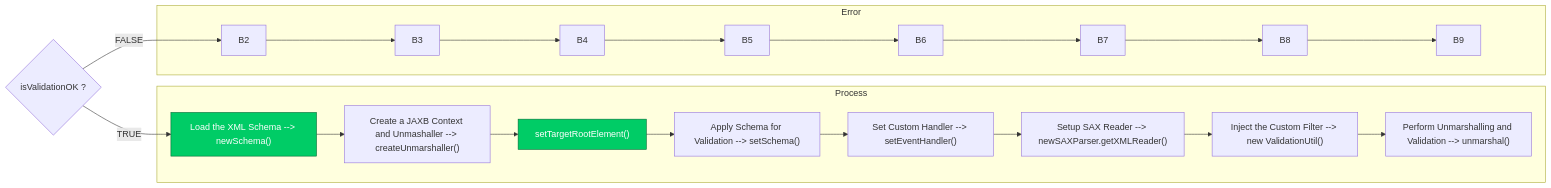
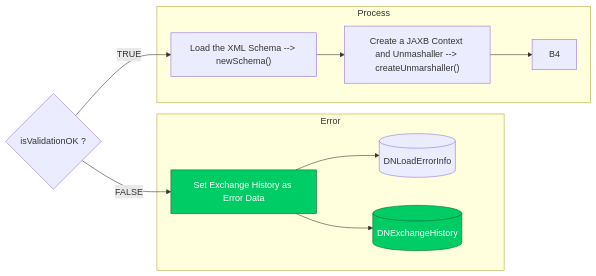
The ninth of 9 diagrams in Basic-Design/Host-Interfaces.md (luthfiadityaa/SimeDarby-Wiki), drawn with Mermaid before and after one commit.

Commit message:
Updated Host Interfaces

```diff
--- a/Basic-Design/Host-Interfaces.md
+++ b/Basic-Design/Host-Interfaces.md
@@ -712,35 +712,25 @@
 ::: mermaid
 flowchart LR
 Cond1{"isValidationOK ?"}
-Cond1 --> |TRUE| C2
-Cond1 --> |FALSE| B2
+Cond1 --> |TRUE| B2
+Cond1 --> |FALSE| C2
+
+subgraph Error
+ C2 --> C3 
+ C2 --> C4
+ C4[(DNExchangeHistory)]
+ C3[(DNLoadErrorInfo)]
+ C2["Set Exchange History as Error Data"] 
+end
 
 subgraph Process
- C2 --> C3 --> C4 --> C5 --> C6 --> C7 --> C8 --> C9
- C2["Selected Data Loader --> process()"]
- C3["Create a JAXB Context and Unmashaller --> createUnmarshaller()"]
- C4["setTargetRootElement()"]
- C5["Apply Schema for Validation --> setSchema()"]
- C6["Set Custom Handler --> setEventHandler()"]
- C7["Setup SAX Reader --> newSAXParser.getXMLReader()"]
- C8["Inject the Custom Filter --> new ValidationUtil()"]
- C9["Perform Unmarshalling and Validation --> unmarshal()"]
-end
-
-subgraph Error
- B2 --> B3 --> B4 --> B5 --> B6 --> B7 --> B8 --> B9
- C2["Load the XML Schema --> newSchema()"]
- C3["Create a JAXB Context and Unmashaller --> createUnmarshaller()"]
- C4["setTargetRootElement()"]
- C5["Apply Schema for Validation --> setSchema()"]
- C6["Set Custom Handler --> setEventHandler()"]
- C7["Setup SAX Reader --> newSAXParser.getXMLReader()"]
- C8["Inject the Custom Filter --> new ValidationUtil()"]
- C9["Perform Unmarshalling and Validation --> unmarshal()"]
+ B2 --> B3 --> B4 
+ B2["Load the XML Schema --> newSchema()"]
+ B3["Create a JAXB Context and Unmashaller --> createUnmarshaller()"]
 end 
 
 click C2 "https://dev.azure.com/Daifuku-SW/ID_SimeDarbyPlantation/_wiki/wikis/ID_SimeDarbyPlantation.wiki/833/Host-Interfaces?anchor=stage-5"
 click C4 "https://dev.azure.com/Daifuku-SW/ID_SimeDarbyPlantation/_wiki/wikis/ID_SimeDarbyPlantation.wiki/833/Host-Interfaces?anchor=stage-4"
 style C2 fill:#00cc66,stroke:#006633,color:#ffffff
 style C4 fill:#00cc66,stroke:#006633,color:#ffffff
 :::
```
